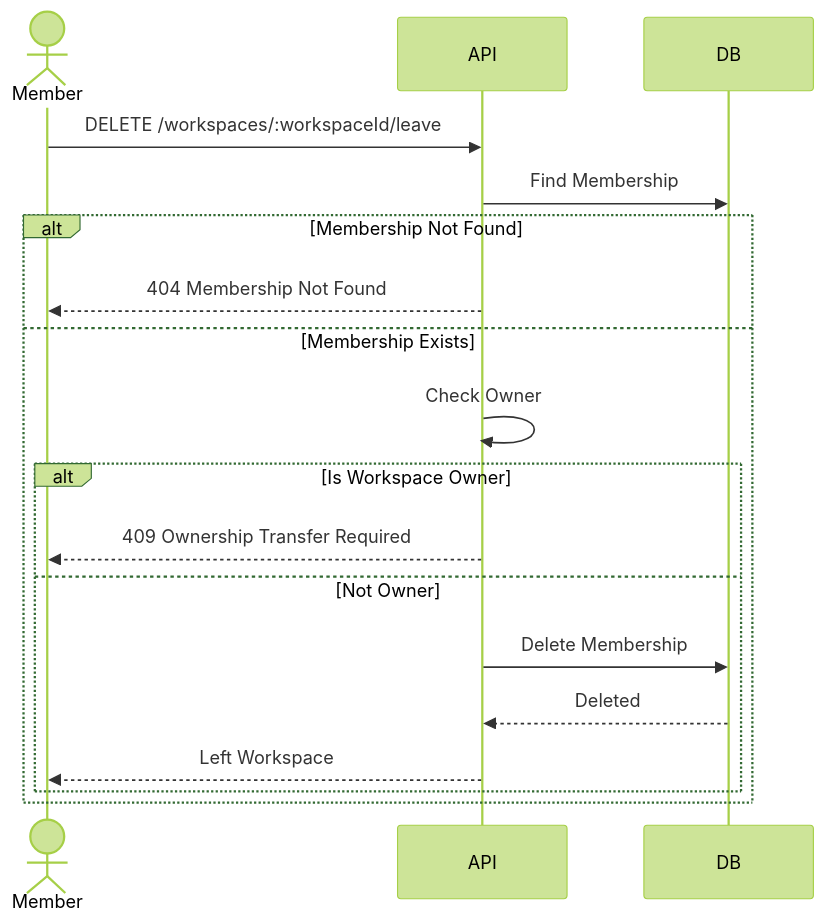
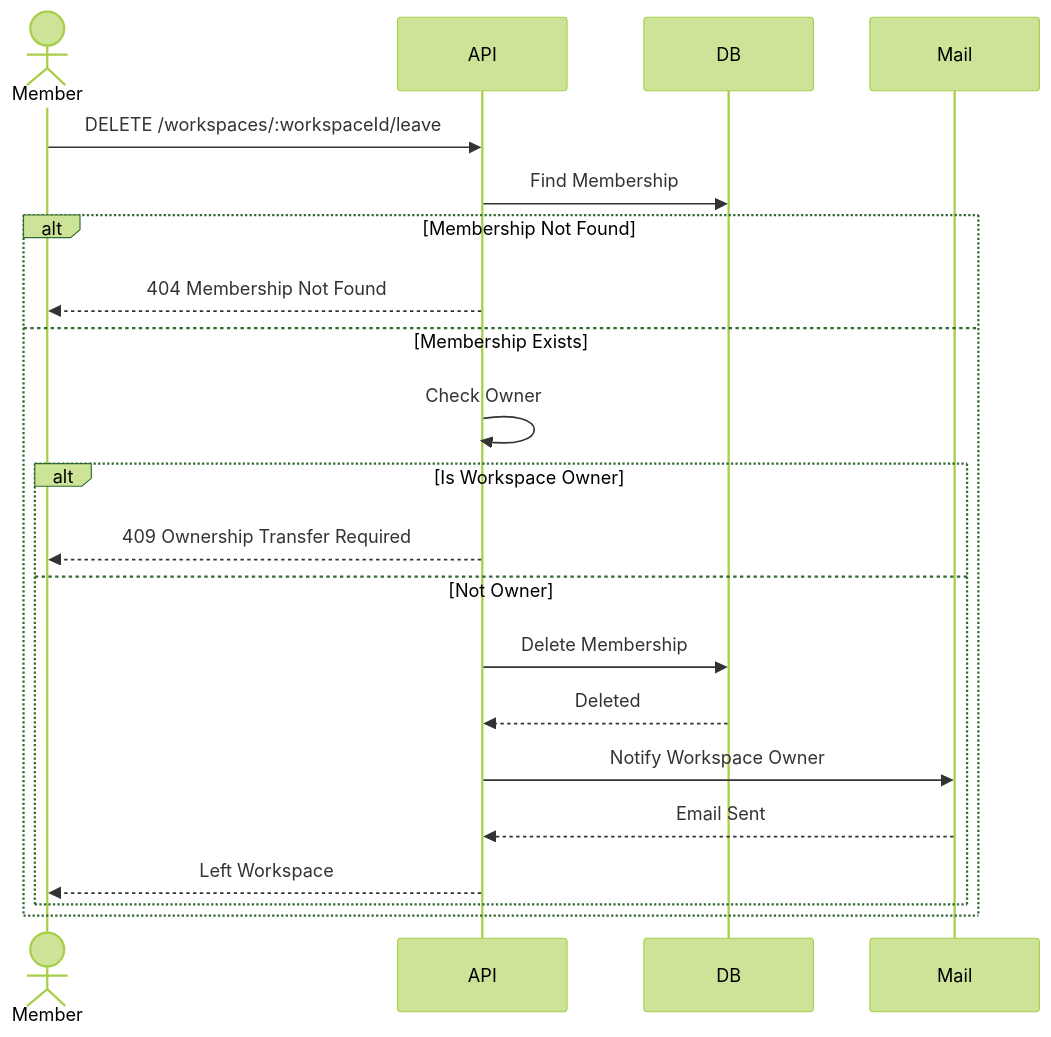
Before and after one commit to datnguyxn/LinkFlow: the seventh of 7 diagrams in docs/architecture/workspace-member/WorkspaceMember-Sequence.md, drawn with Mermaid (forest theme). The commit also changed other lines of this file and 14 other files, not shown here.

Commit message:
docs(architecture): add workspace module documentation

````diff
--- a/docs/architecture/workspace-member/WorkspaceMember-Sequence.md
+++ b/docs/architecture/workspace-member/WorkspaceMember-Sequence.md
@@ -275,35 +348,40 @@
 ```mermaid
 sequenceDiagram
 
     actor Member
     participant API
     participant DB
+    participant Mail
 
     Member->>API: DELETE /workspaces/:workspaceId/leave
 
     API->>DB: Find Membership
 
     alt Membership Not Found
 
         API-->>Member: 404 Membership Not Found
 
     else Membership Exists
 
         API->>API: Check Owner
 
         alt Is Workspace Owner
 
             API-->>Member: 409 Ownership Transfer Required
 
         else Not Owner
 
             API->>DB: Delete Membership
 
             DB-->>API: Deleted
 
+            API->>Mail: Notify Workspace Owner
+
+            Mail-->>API: Email Sent
+
             API-->>Member: Left Workspace
 
         end
 
     end
 ```
````
